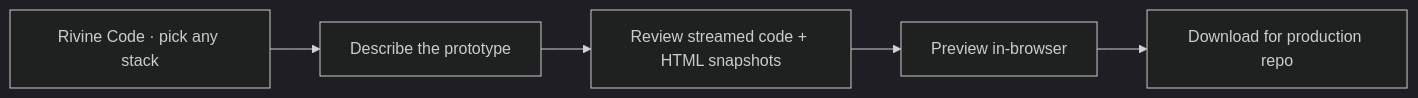
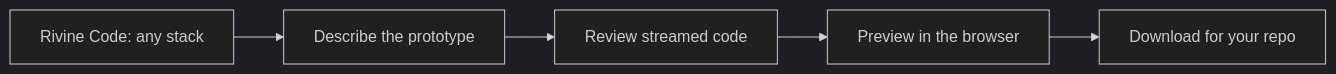
The seventh of 9 diagrams in Aselius Platform Documentations/aselius-workspace.md (Beunec/beunec-site-staging), drawn with Mermaid (dark theme) before and after one commit. The commit also changed other lines of this file and 99 other files, not shown here.

````diff
--- a/Aselius Platform Documentations/aselius-workspace.md
+++ b/Aselius Platform Documentations/aselius-workspace.md
@@ -735,7 +385,7 @@
 ```mermaid
 flowchart LR
-    A["Rivine Code · pick any stack"] --> B["Describe the prototype"]
-    B --> C["Review streamed code + HTML snapshots"]
-    C --> D["Preview in-browser"]
-    D --> E["Download for production repo"]
+    A["Rivine Code: any stack"] --> B["Describe the prototype"]
+    B --> C["Review streamed code"]
+    C --> D["Preview in the browser"]
+    D --> E["Download for your repo"]
 ```
````
